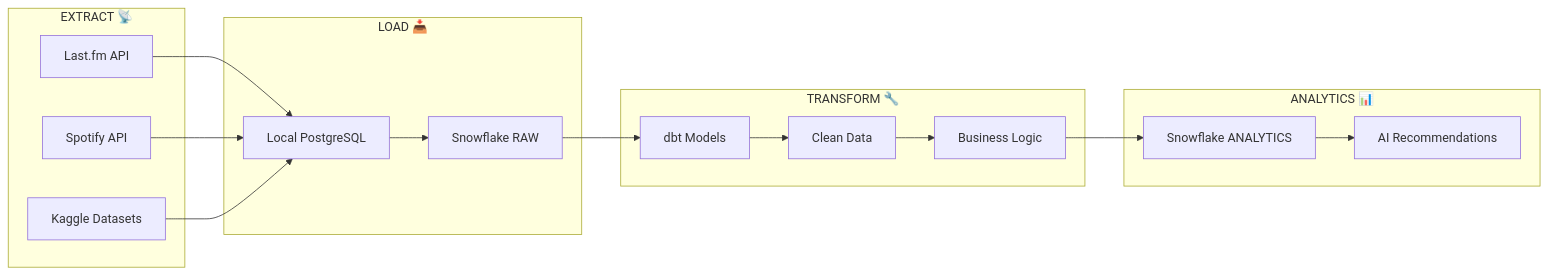
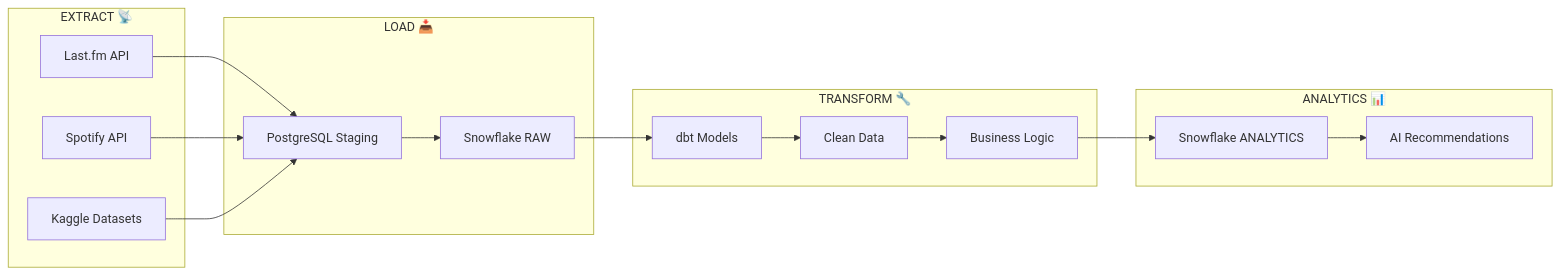
One commit to BabatImReal/fa-dae2-capstone-Tran-Quoc-Dat-Nguyen changed the diagram in docs/architecture/data-flow.md. Above: the diagram before and after it, drawn with Mermaid. The commit also changed other lines of this file and 4 other files, not shown here.

Commit message:
feat: enhance documentation with data engineering fundamentals; clarify architecture and data flow processes

````diff
--- a/docs/architecture/data-flow.md
+++ b/docs/architecture/data-flow.md
@@ -9,35 +17,35 @@
 ```mermaid
 graph LR
     subgraph "EXTRACT 📡"
         A1[Last.fm API]
         A2[Spotify API]
         A3[Kaggle Datasets]
     end
     
     subgraph "LOAD 📥"
-        B1[Local PostgreSQL]
+        B1[PostgreSQL Staging]
         B2[Snowflake RAW]
     end
     
     subgraph "TRANSFORM 🔧"
         C1[dbt Models]
         C2[Clean Data]
         C3[Business Logic]
     end
     
     subgraph "ANALYTICS 📊"
         D1[Snowflake ANALYTICS]
         D2[AI Recommendations]
     end
     
     A1 --> B1
     A2 --> B1
     A3 --> B1
     
     B1 --> B2
     B2 --> C1
     C1 --> C2
     C2 --> C3
     C3 --> D1
     D1 --> D2
 ```
````
